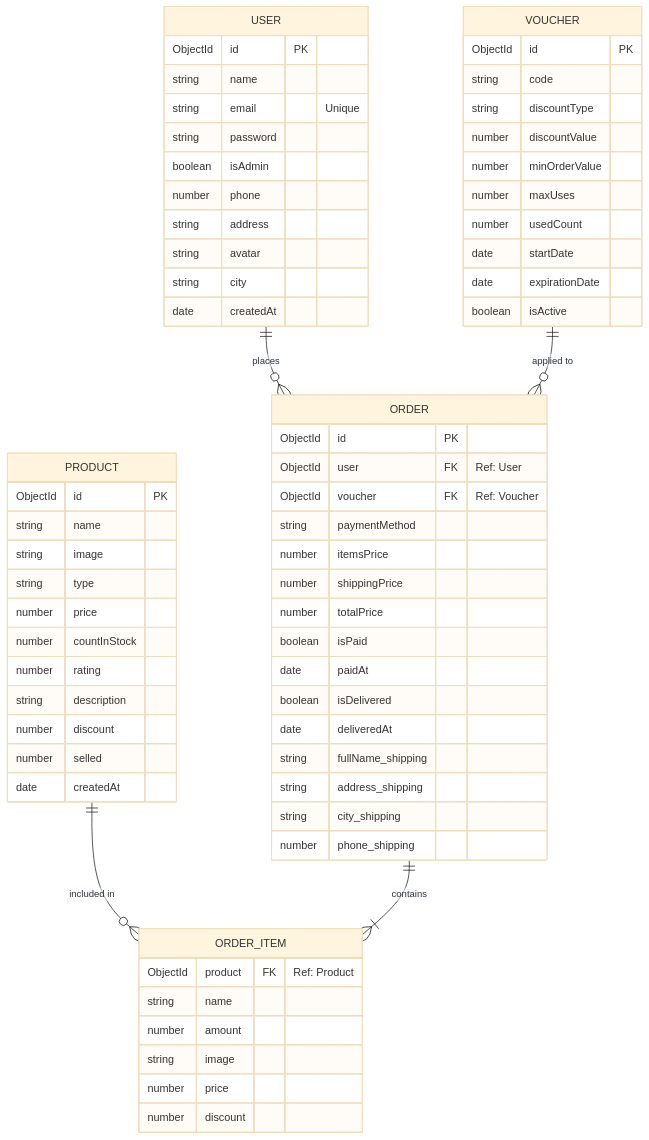
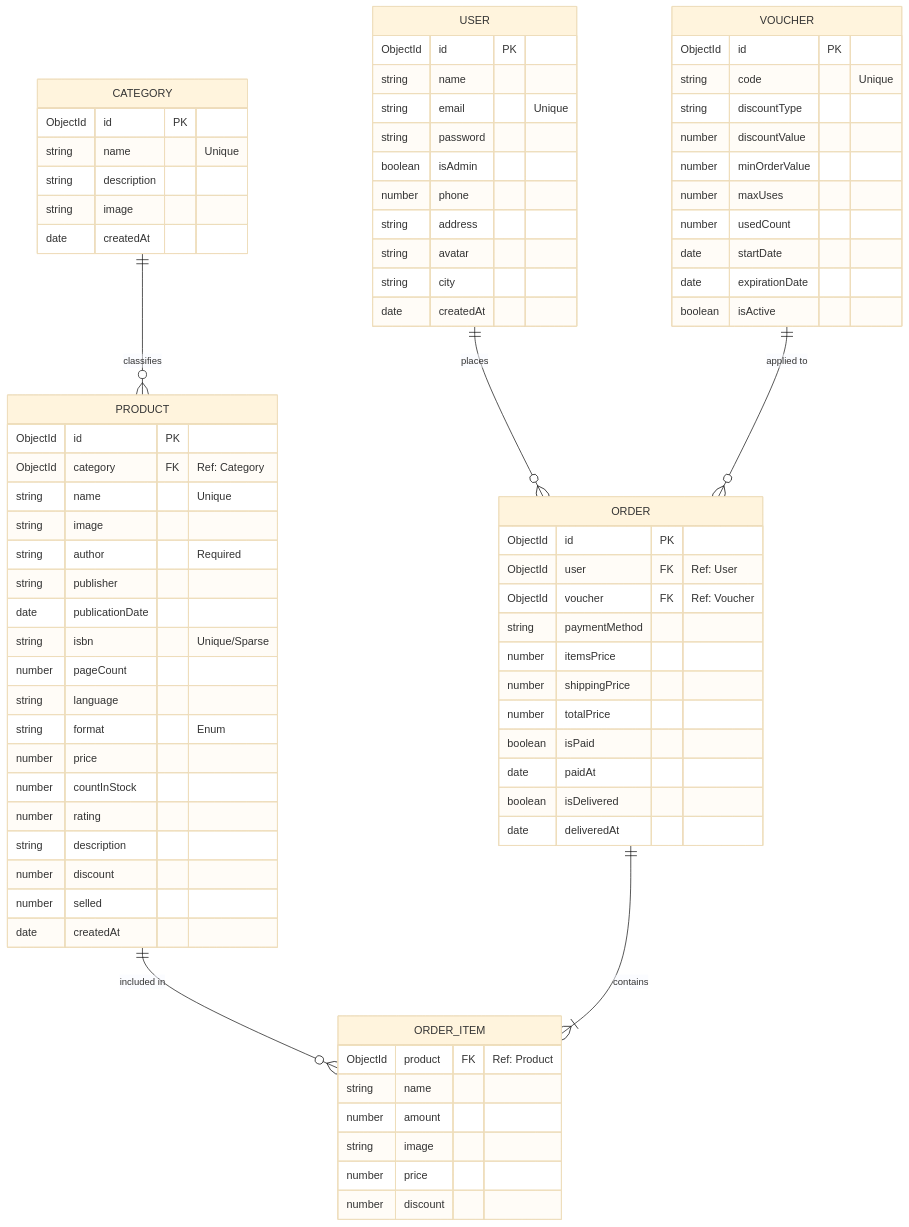
Before and after one commit to tly24447-ctrl/DATN: the diagram in doc/erDiagram.mmd, drawn with Mermaid (base theme). The commit also changed 3 other files, not shown here.

Commit message:
🎯 [Feature] new Product new category and erd

```diff
--- a/doc/erDiagram.mmd
+++ b/doc/erDiagram.mmd
@@ -1,72 +1,84 @@
 erDiagram
     USER ||--o{ ORDER : "places"
     PRODUCT ||--o{ ORDER_ITEM : "included in"
     ORDER ||--|{ ORDER_ITEM : "contains"
     VOUCHER ||--o{ ORDER : "applied to"
+    CATEGORY ||--o{ PRODUCT : "classifies"
 
     USER {
         ObjectId id PK
         string name
         string email "Unique"
         string password
         boolean isAdmin
         number phone
         string address
         string avatar
         string city
         date createdAt
     }
 
+    CATEGORY {
+        ObjectId id PK
+        string name "Unique"
+        string description
+        string image
+        date createdAt
+    }
+
     PRODUCT {
         ObjectId id PK
-        string name
+        ObjectId category FK "Ref: Category"
+        string name "Unique"
         string image
-        string type
+        string author "Required"
+        string publisher
+        date publicationDate
+        string isbn "Unique/Sparse"
+        number pageCount
+        string language
+        string format "Enum"
         number price
         number countInStock
         number rating
         string description
         number discount
         number selled
         date createdAt
     }
 
     ORDER {
         ObjectId id PK
         ObjectId user FK "Ref: User"
         ObjectId voucher FK "Ref: Voucher"
         string paymentMethod
         number itemsPrice
         number shippingPrice
         number totalPrice
         boolean isPaid
         date paidAt
         boolean isDelivered
         date deliveredAt
-        string fullName_shipping
-        string address_shipping
-        string city_shipping
-        number phone_shipping
     }
 
     ORDER_ITEM {
         ObjectId product FK "Ref: Product"
         string name
         number amount
         string image
         number price
         number discount
     }
 
     VOUCHER {
         ObjectId id PK
-        string code
+        string code "Unique"
         string discountType
         number discountValue
         number minOrderValue
         number maxUses
         number usedCount
         date startDate
         date expirationDate
         boolean isActive
     }
```
